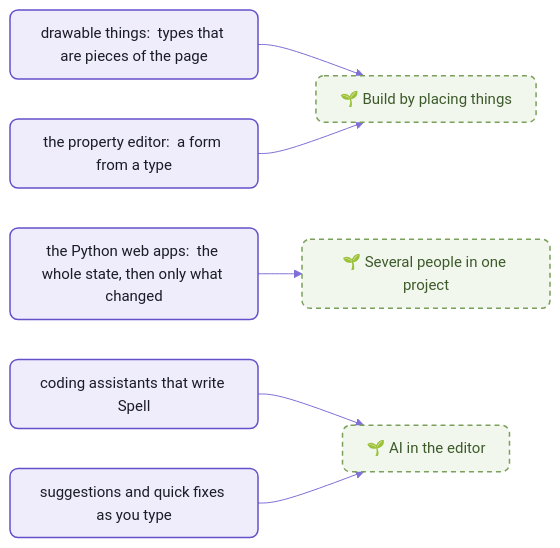
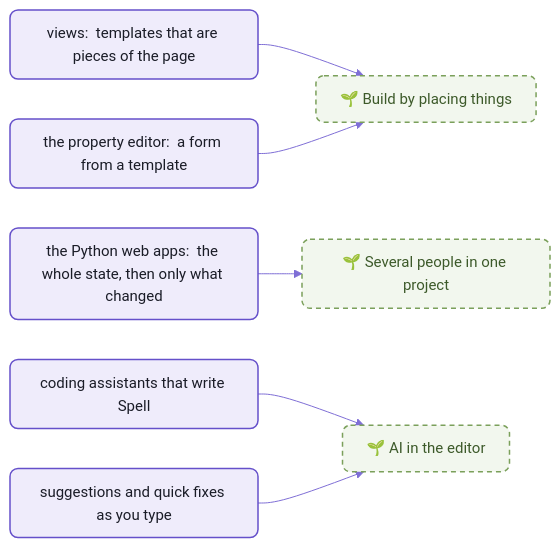
The second of 4 diagrams in app/README.md (spell-app/spell), drawn with Mermaid before and after one commit. The commit also changed other lines of this file and 175 other files, not shown here.

Commit message:
elemental-spell P1:  The New Words -- view and viewable list replace drawable thing and drawable list (old words are errors with a fix, spell lint --fix rewrites them), page and two sided view, alias not phrase, app not project

````diff
--- a/app/README.md
+++ b/app/README.md
@@ -225,13 +225,13 @@
 ```mermaid
 %%{init: {"theme":"base","themeVariables":{"fontFamily":"-apple-system, BlinkMacSystemFont, Segoe UI, Helvetica, Arial, sans-serif","fontSize":"15px","primaryColor":"#EFECFB","primaryBorderColor":"#6550CA","primaryTextColor":"#1A1C27","secondaryColor":"#F4F1E9","tertiaryColor":"#F7F6FC","lineColor":"#7F6FD6","textColor":"#7F6FD6","clusterBkg":"#F7F6FC","clusterBorder":"#B9B0E8","titleColor":"#1A1C27","edgeLabelBackground":"#F7F6FC","actorBkg":"#EFECFB","actorBorder":"#6550CA","actorTextColor":"#1A1C27","actorLineColor":"#9C90DE","signalColor":"#7F6FD6","signalTextColor":"#7F6FD6","labelBoxBkgColor":"#EFECFB","labelBoxBorderColor":"#6550CA","labelTextColor":"#1A1C27","loopTextColor":"#7F6FD6","noteBkgColor":"#F1E7D4","noteBorderColor":"#C9B48A","noteTextColor":"#1A1C27","activationBkgColor":"#DCD6F7","activationBorderColor":"#6550CA","sequenceNumberColor":"#FFFFFF"},"flowchart":{"curve":"basis","padding":12,"nodeSpacing":40,"rankSpacing":44}}}%%
 flowchart LR
-  drawable["drawable things:  types that are pieces of the page"] --> place["🌱 Build by placing things"]
-  props["the property editor:  a form from a type"] --> place
+  drawable["views:  templates that are pieces of the page"] --> place["🌱 Build by placing things"]
+  props["the property editor:  a form from a template"] --> place
   patches["the Python web apps:  the whole state, then only what changed"] --> share["🌱 Several people in one project"]
   agents["coding assistants that write Spell"] --> ai["🌱 AI in the editor"]
   fixes["suggestions and quick fixes as you type"] --> ai
   %% the Spell look:  yarn mermaid:pretty
   classDef default fill:#EFECFB,stroke:#6550CA,stroke-width:1.5px,color:#1A1C27,rx:8px,ry:8px
   classDef coming fill:#F2F7EE,stroke:#7BA05B,stroke-width:1.5px,stroke-dasharray:5 4,color:#3D5A2A,rx:8px,ry:8px
   class place,share,ai coming
 ```
````
